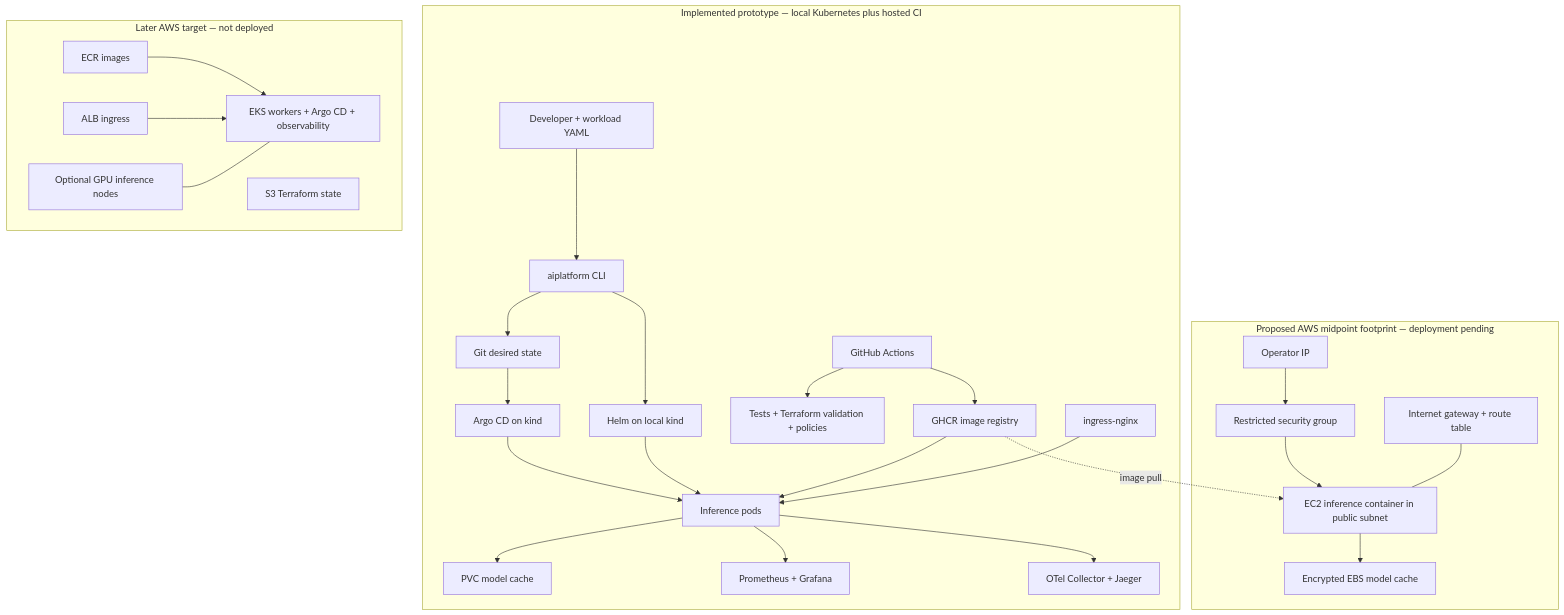
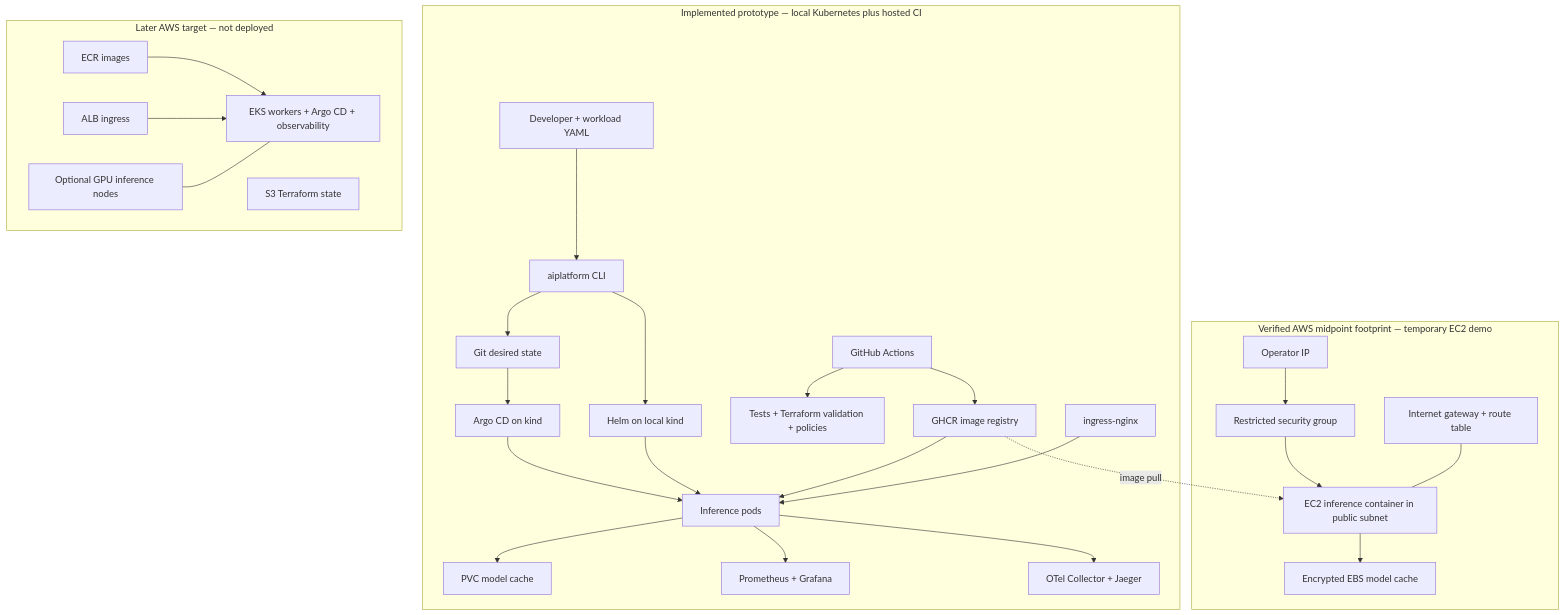
The diagram in docs/midpoint/architecture.mmd (johncobio/aiplatform), drawn with Mermaid before and after one commit. The commit also changed 13 other files, not shown here.

Commit message:
docs: capture verified EC2 demo and midpoint evidence

```diff
--- a/docs/midpoint/architecture.mmd
+++ b/docs/midpoint/architecture.mmd
@@ -1,30 +1,30 @@
 flowchart TB
   subgraph current[Implemented prototype — local Kubernetes plus hosted CI]
     developer[Developer + workload YAML] --> cli[aiplatform CLI]
     cli --> helm[Helm on local kind]
     cli --> git[Git desired state]
     git --> argo[Argo CD on kind]
     argo --> pods[Inference pods]
     helm --> pods
     github[GitHub Actions] --> checks[Tests + Terraform validation + policies]
     github --> ghcr[GHCR image registry]
     ghcr --> pods
     ingress[ingress-nginx] --> pods
     pods --> cache[PVC model cache]
     pods --> metrics[Prometheus + Grafana]
     pods --> traces[OTel Collector + Jaeger]
   end
-  subgraph midpoint[Proposed AWS midpoint footprint — deployment pending]
+  subgraph midpoint[Verified AWS midpoint footprint — temporary EC2 demo]
     client[Operator IP] --> sg[Restricted security group]
     sg --> ec2[EC2 inference container in public subnet]
     ec2 --> ebs[Encrypted EBS model cache]
     ghcr -. image pull .-> ec2
     igw[Internet gateway + route table] --- ec2
   end
   subgraph later[Later AWS target — not deployed]
     eks[EKS workers + Argo CD + observability]
     ecr[ECR images] --> eks
     s3[S3 Terraform state]
     alb[ALB ingress] --> eks
     gpu[Optional GPU inference nodes] --- eks
   end
```
